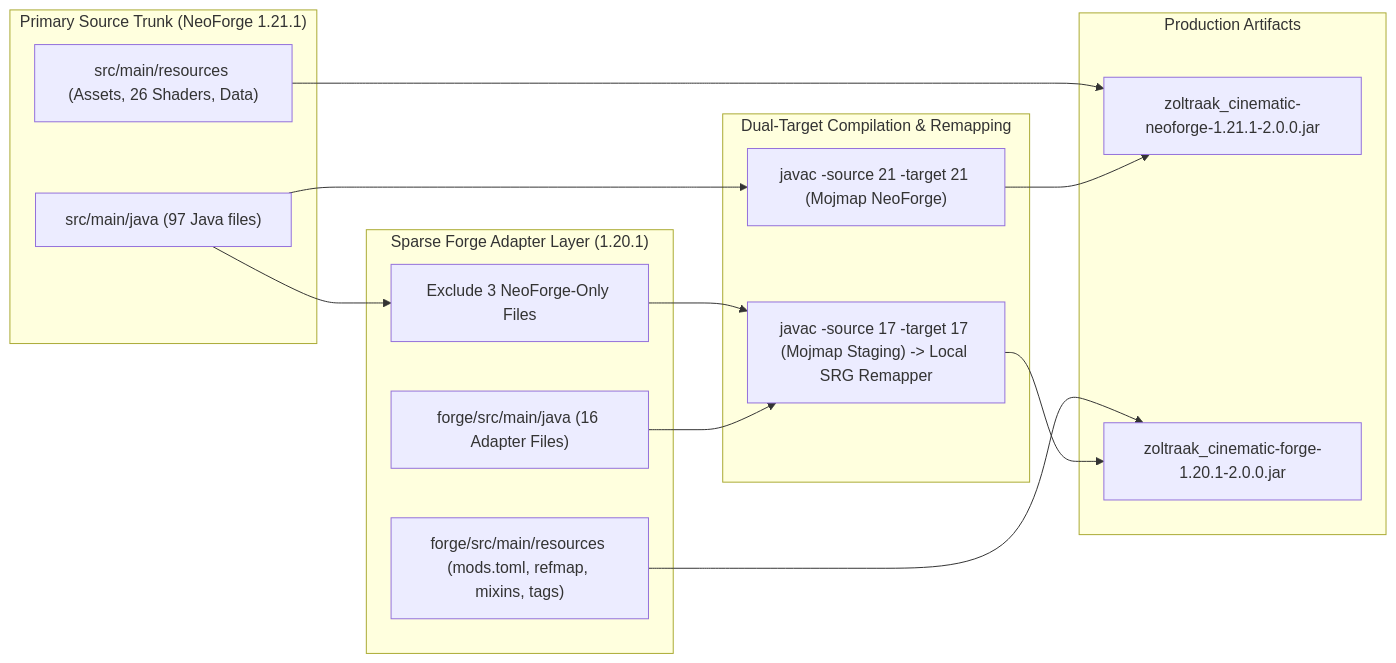
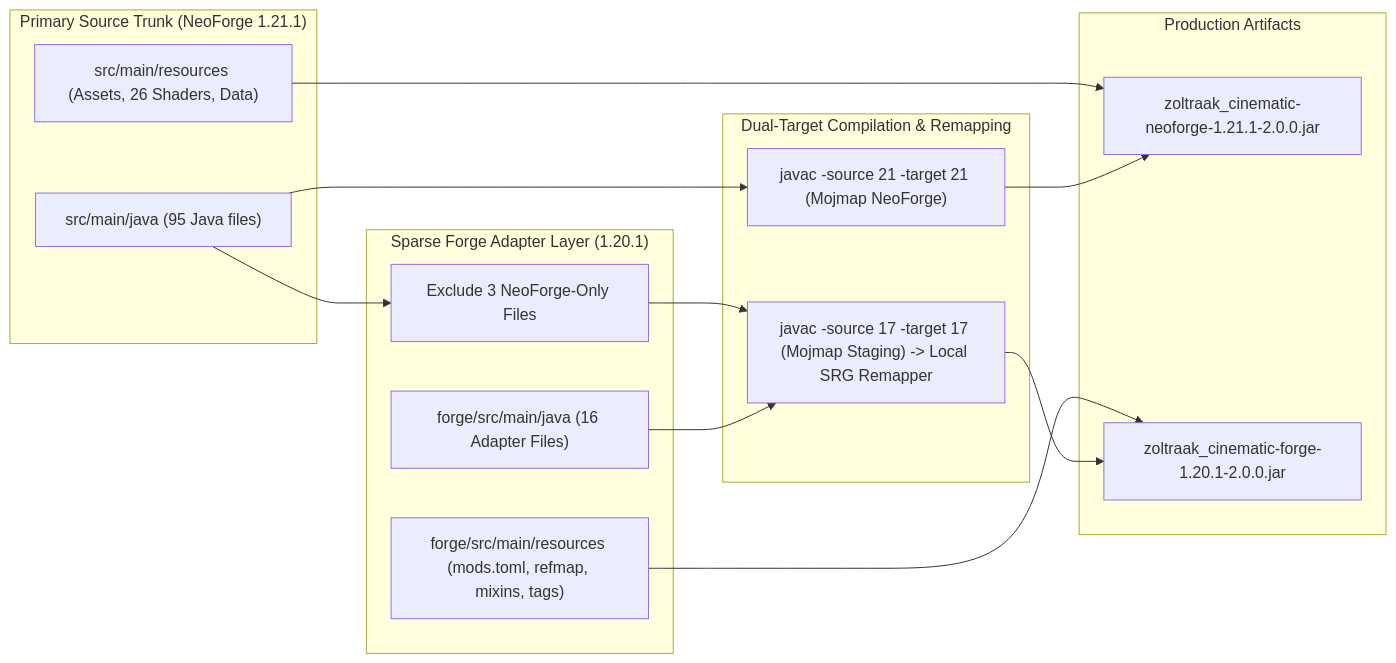
One commit to ling-gwdgw2/Frieren-Flight changed the second of 3 diagrams in ARCHITECTURE.md. Above: the diagram before and after it, drawn with Mermaid. The commit also changed other lines of this file and 69 other files, not shown here.

````diff
--- a/ARCHITECTURE.md
+++ b/ARCHITECTURE.md
@@ -109,33 +109,33 @@
 ```mermaid
 flowchart LR
     subgraph Trunk ["Primary Source Trunk (NeoForge 1.21.1)"]
-        NF_Src["src/main/java (97 Java files)"]
+        NF_Src["src/main/java (95 Java files)"]
         NF_Res["src/main/resources (Assets, 26 Shaders, Data)"]
     end
 
     subgraph Forge_Overlay ["Sparse Forge Adapter Layer (1.20.1)"]
         FG_Exclude["Exclude 3 NeoForge-Only Files"]
         FG_Src["forge/src/main/java (16 Adapter Files)"]
         FG_Res["forge/src/main/resources (mods.toml, refmap, mixins, tags)"]
     end
 
     subgraph Compilers ["Dual-Target Compilation & Remapping"]
         JDK21["javac -source 21 -target 21 (Mojmap NeoForge)"]
         JDK17["javac -source 17 -target 17 (Mojmap Staging) -> Local SRG Remapper"]
     end
 
     subgraph Targets ["Production Artifacts"]
         NF_Jar["zoltraak_cinematic-neoforge-1.21.1-2.0.0.jar"]
         Forge_Jar["zoltraak_cinematic-forge-1.20.1-2.0.0.jar"]
     end
 
     NF_Src --> JDK21
     NF_Res --> NF_Jar
     JDK21 --> NF_Jar
 
     NF_Src --> FG_Exclude
     FG_Exclude --> JDK17
     FG_Src --> JDK17
     FG_Res --> Forge_Jar
     JDK17 --> Forge_Jar
 ```
````
